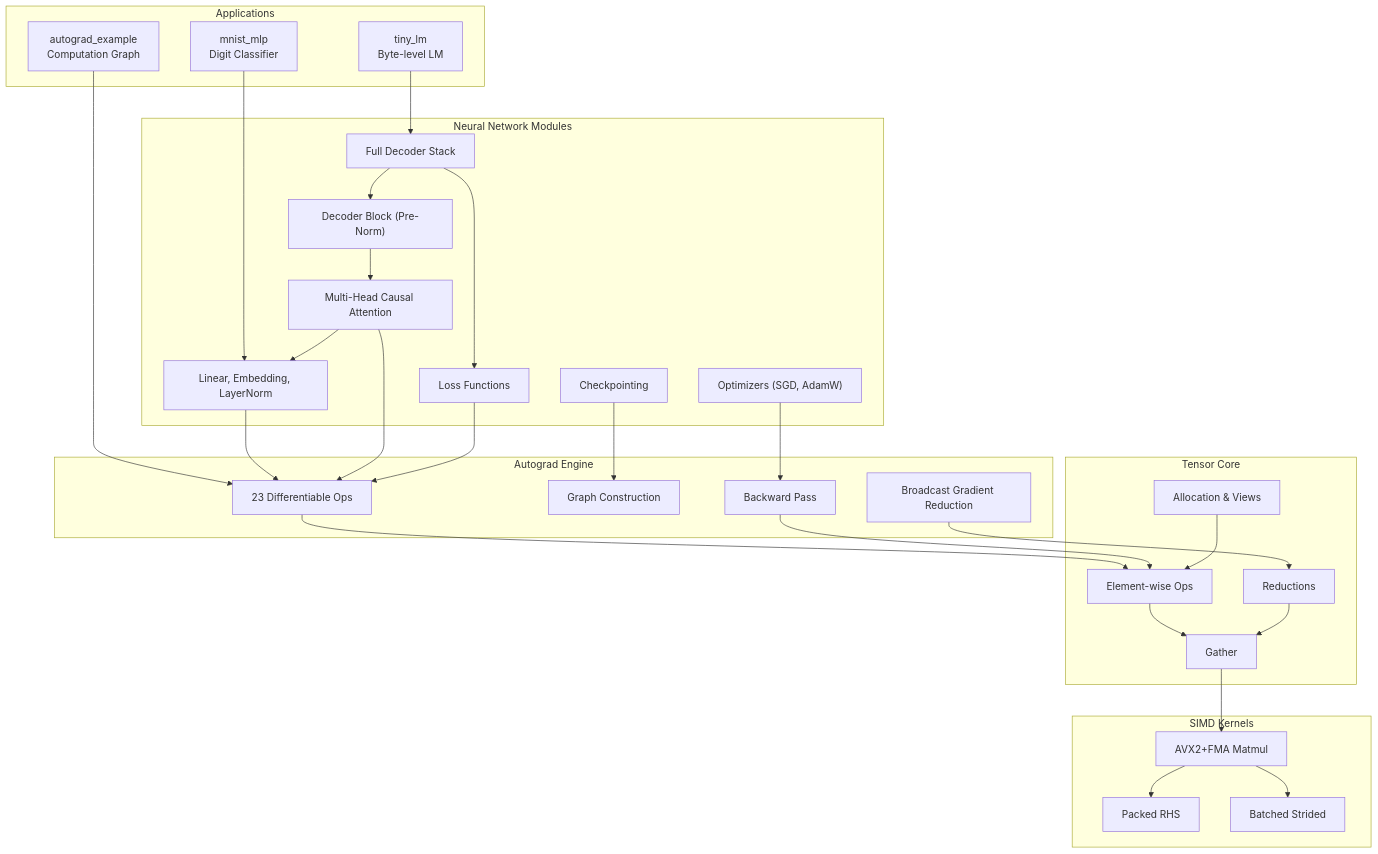
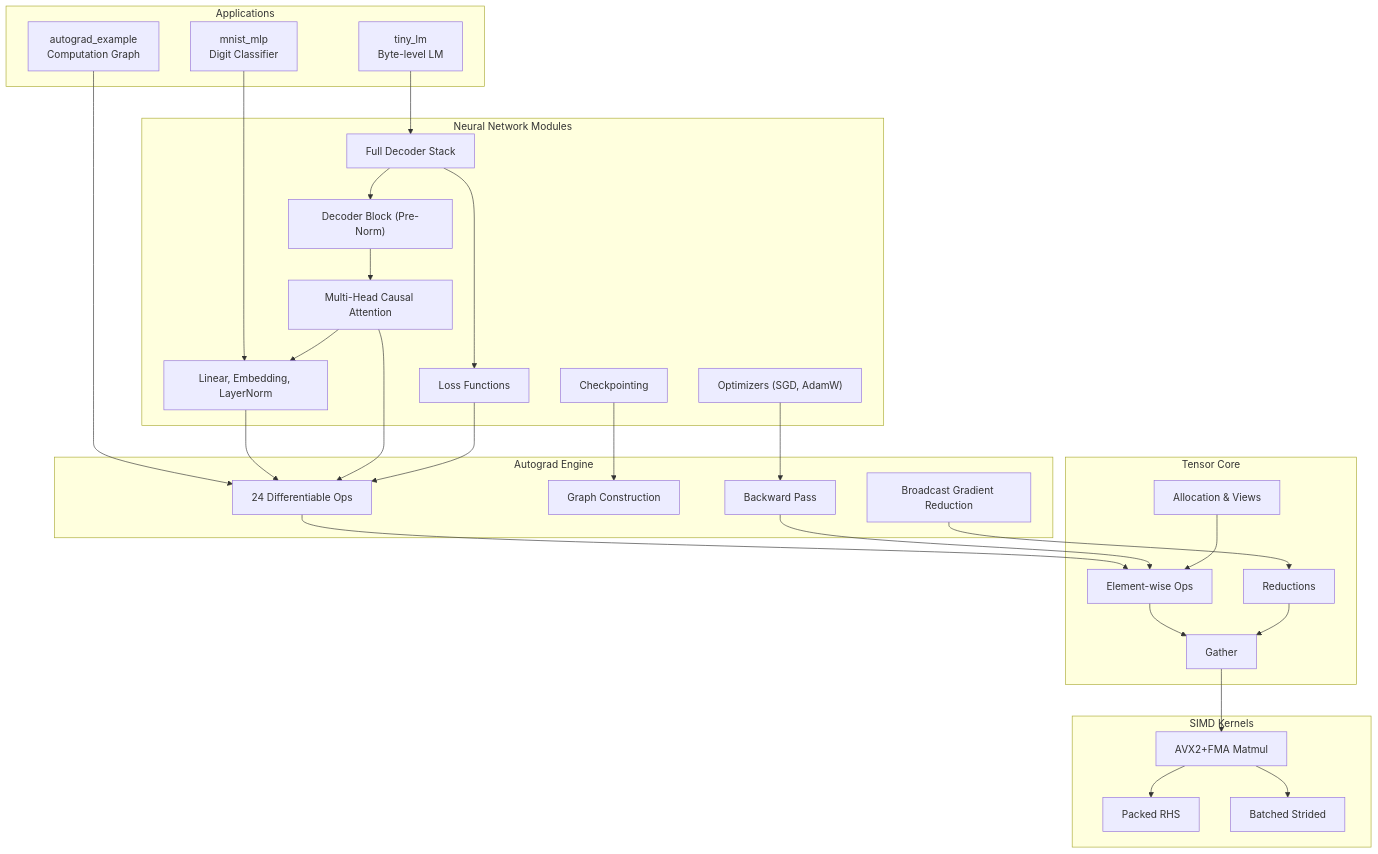
One commit to nisbenz/TensorLib changed the first of 6 diagrams in README.md. Above: the diagram before and after it, drawn with Mermaid. The commit also changed other lines of this file and 3 other files, not shown here.

````diff
--- a/README.md
+++ b/README.md
@@ -52,65 +52,65 @@
 ```mermaid
 graph TB
     subgraph Applications
         A1["tiny_lm<br/>Byte-level LM"]
         A2["mnist_mlp<br/>Digit Classifier"]
         A3["autograd_example<br/>Computation Graph"]
     end
 
     subgraph NN["Neural Network Modules"]
         N1["Linear, Embedding, LayerNorm"]
         N2["Multi-Head Causal Attention"]
         N3["Decoder Block (Pre-Norm)"]
         N4["Full Decoder Stack"]
         N5["Loss Functions"]
         N6["Optimizers (SGD, AdamW)"]
         N7["Checkpointing"]
     end
 
     subgraph AG["Autograd Engine"]
-        G1["23 Differentiable Ops"]
+        G1["24 Differentiable Ops"]
         G2["Graph Construction"]
         G3["Backward Pass"]
         G4["Broadcast Gradient Reduction"]
     end
 
     subgraph TC["Tensor Core"]
         T1["Allocation & Views"]
         T2["Element-wise Ops"]
         T3["Reductions"]
         T4["Gather"]
     end
 
     subgraph SK["SIMD Kernels"]
         S1["AVX2+FMA Matmul"]
         S2["Packed RHS"]
         S3["Batched Strided"]
     end
 
     A1 --> N4
     A2 --> N1
     A3 --> G1
 
     N4 --> N3
     N3 --> N2
     N2 --> N1
     N4 --> N5
     N6 --> G3
     N7 --> G2
 
     N1 --> G1
     N2 --> G1
     N5 --> G1
 
     G1 --> T2
     G3 --> T2
     G4 --> T3
 
     T1 --> T2
     T2 --> T4
     T3 --> T4
 
     T4 --> S1
     S1 --> S2
     S1 --> S3
 ```
````
